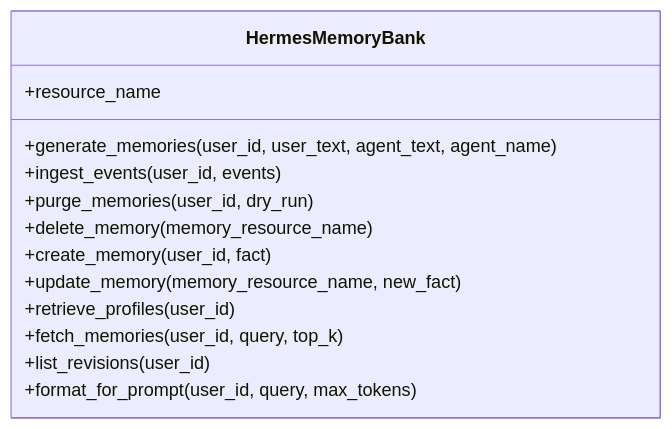
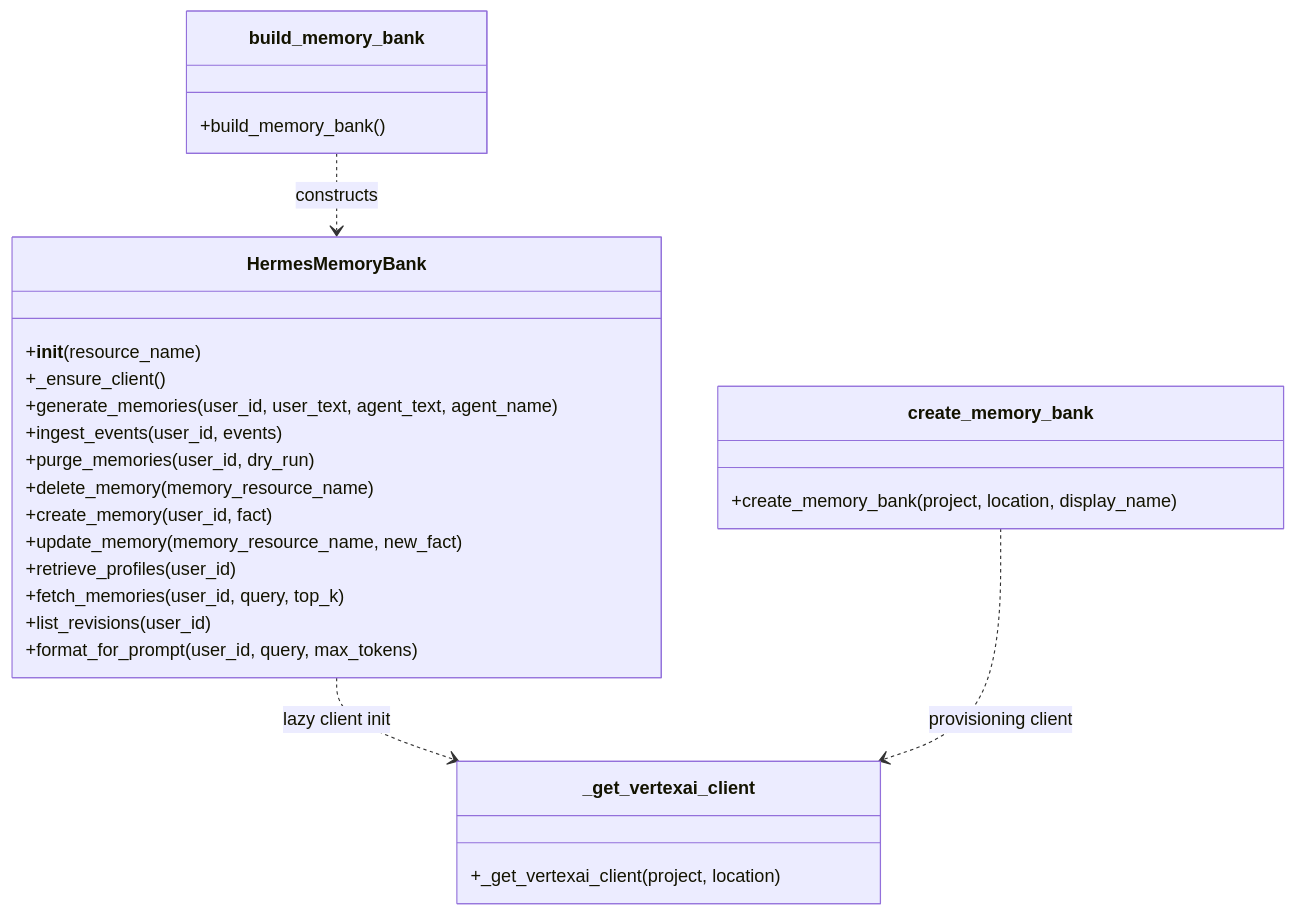
Before and after one commit to unrealandychan/gcp-hermes-agnet: the first of 2 diagrams in .rekipedia/wiki/algorithms.md, drawn with Mermaid. The commit also changed other lines of this file and 15 other files, not shown here.

````diff
--- a/.rekipedia/wiki/algorithms.md
+++ b/.rekipedia/wiki/algorithms.md
@@ -262,16 +226,33 @@
 ```mermaid
 classDiagram
     class HermesMemoryBank {
-        +resource_name
+        +__init__(resource_name)
+        +_ensure_client()
         +generate_memories(user_id, user_text, agent_text, agent_name)
         +ingest_events(user_id, events)
         +purge_memories(user_id, dry_run)
         +delete_memory(memory_resource_name)
         +create_memory(user_id, fact)
         +update_memory(memory_resource_name, new_fact)
         +retrieve_profiles(user_id)
         +fetch_memories(user_id, query, top_k)
         +list_revisions(user_id)
         +format_for_prompt(user_id, query, max_tokens)
     }
+
+    class _get_vertexai_client {
+        +_get_vertexai_client(project, location)
+    }
+
+    class build_memory_bank {
+        +build_memory_bank()
+    }
+
+    class create_memory_bank {
+        +create_memory_bank(project, location, display_name)
+    }
+
+    HermesMemoryBank ..> _get_vertexai_client : lazy client init
+    build_memory_bank ..> HermesMemoryBank : constructs
+    create_memory_bank ..> _get_vertexai_client : provisioning client
 ```
````
